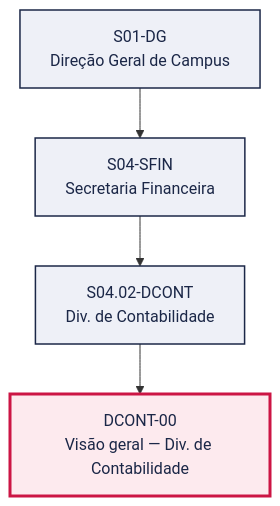
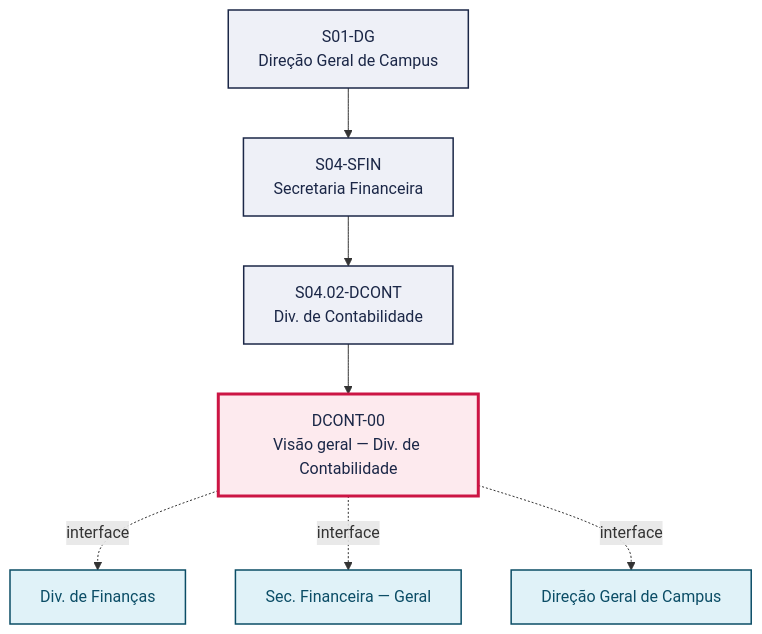
The first of 2 diagrams in pops/DCONT/DCONT-00.md (jessefers/canvas-vivo-atdg), drawn with Mermaid before and after one commit. The commit also changed other lines of this file and 95 other files, not shown here.

````diff
--- a/pops/DCONT/DCONT-00.md
+++ b/pops/DCONT/DCONT-00.md
@@ -49,15 +49,22 @@
 ```mermaid
 graph TD
   S01_DG["S01-DG<br/>Direção Geral de Campus"]
   S04_SFIN["S04-SFIN<br/>Secretaria Financeira"]
   S01_DG --> S04_SFIN
   S04_02_DCONT["S04.02-DCONT<br/>Div. de Contabilidade"]
   S04_SFIN --> S04_02_DCONT
   P["DCONT-00<br/>Visão geral — Div. de Contabilidade"]
   S04_02_DCONT --> P
+  V1["Div. de Finanças"]
+  P -. interface .-> V1
+  V2["Sec. Financeira — Geral"]
+  P -. interface .-> V2
+  V3["Direção Geral de Campus"]
+  P -. interface .-> V3
   classDef setor fill:#EEF0F7,stroke:#1B2747,stroke-width:1.5px,color:#1B2747
   classDef destaque fill:#FDEAEE,stroke:#CC1544,stroke-width:3px,color:#1B2747
   classDef vizinho fill:#E0F2F8,stroke:#0B4D66,stroke-width:1.5px,color:#0B4D66
   class S01_DG,S04_SFIN,S04_02_DCONT setor
   class P destaque
+  class V1,V2,V3 vizinho
 ```
````
